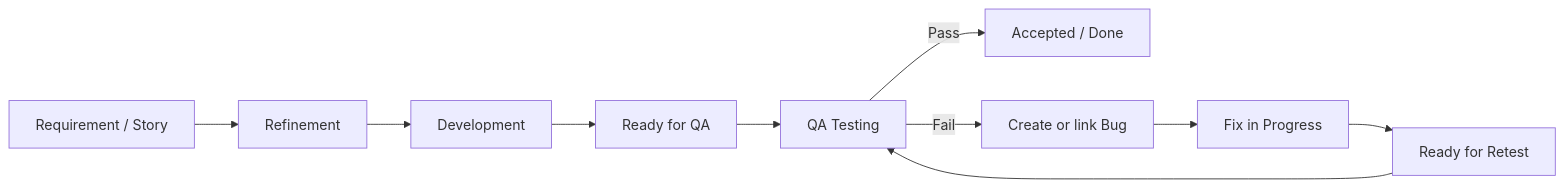
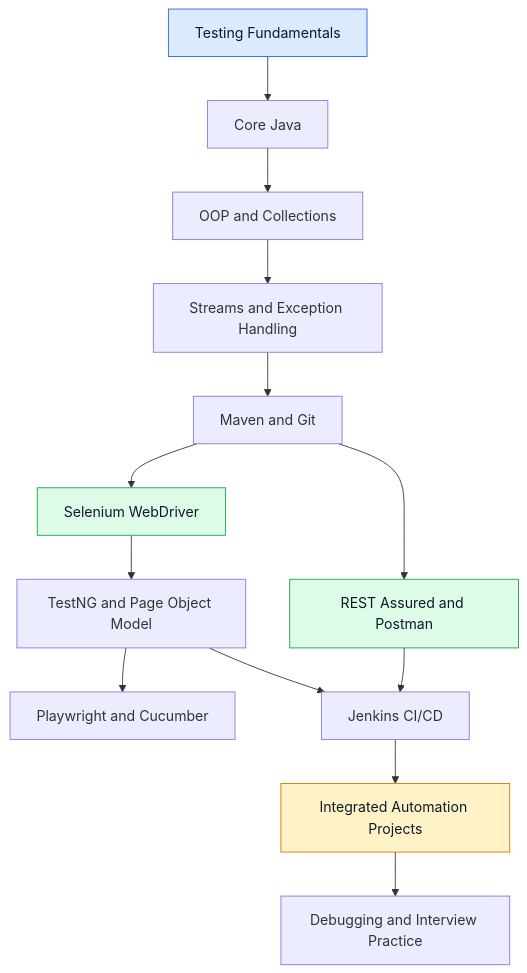
Before and after one commit to ChandanLabs/Veeva_System_Training: the first of 2 diagrams in README.md, drawn with Mermaid. The commit also changed other lines of this file, not shown here.

First line of the commit message:
Revise README for Java Automation Engineering

````diff
--- a/README.md
+++ b/README.md
@@ -134,12 +40,20 @@
 ```mermaid
-flowchart LR
-    A[Requirement / Story] --> B[Refinement]
-    B --> C[Development]
-    C --> D[Ready for QA]
-    D --> E[QA Testing]
-    E -->|Pass| F[Accepted / Done]
-    E -->|Fail| G[Create or link Bug]
-    G --> H[Fix in Progress]
-    H --> I[Ready for Retest]
-    I --> E
+flowchart TD
+    A[Testing Fundamentals] --> B[Core Java]
+    B --> C[OOP and Collections]
+    C --> D[Streams and Exception Handling]
+    D --> E[Maven and Git]
+    E --> F[Selenium WebDriver]
+    F --> G[TestNG and Page Object Model]
+    E --> H[REST Assured and Postman]
+    G --> I[Playwright and Cucumber]
+    G --> J[Jenkins CI/CD]
+    H --> J
+    J --> K[Integrated Automation Projects]
+    K --> L[Debugging and Interview Practice]
+
+    style A fill:#dbeafe,stroke:#2563eb,color:#111827
+    style F fill:#dcfce7,stroke:#16a34a,color:#111827
+    style H fill:#dcfce7,stroke:#16a34a,color:#111827
+    style K fill:#fef3c7,stroke:#d97706,color:#111827
 ```
````
